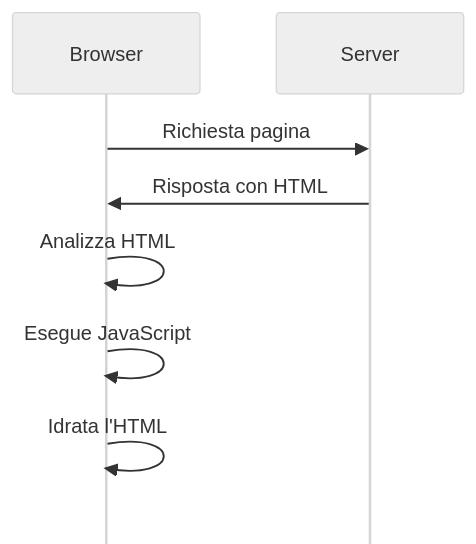
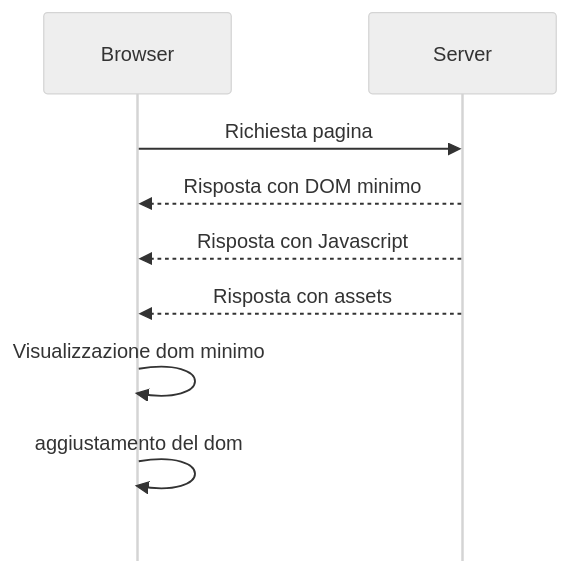
The second of 2 diagrams in 2-descrizione_delle_tecnologie.md (iacobucci/tesi-triennale), drawn with Mermaid before and after one commit. The commit also changed other lines of this file and 3 other files, not shown here.

Commit message:
modified:   2-descrizione_delle_tecnologie.md 	modified:   filters/mermaid.py 	modified:   filters/minted.py 	modified:   tesi-iacobucci_valerio-0000976541.pdf

````diff
--- a/2-descrizione_delle_tecnologie.md
+++ b/2-descrizione_delle_tecnologie.md
@@ -85,11 +64,12 @@
 ```mermaid {height=4cm}
 %%{init: {'theme': 'neutral', 'mirrorActors': false} }%%
 sequenceDiagram
     participant Browser
     participant Server
     Browser->>Server: Richiesta pagina
-    Server->>Browser: Risposta con HTML
-    Browser->>Browser: Analizza HTML
-    Browser->>Browser: Esegue JavaScript
-    Browser->>Browser: Idrata l'HTML
+    Server-->>Browser: Risposta con DOM minimo
+    Server-->>Browser: Risposta con Javascript
+    Server-->>Browser: Risposta con assets
+    Browser->>Browser: Visualizzazione dom minimo
+    Browser->>Browser: aggiustamento del dom
 ```  
````
